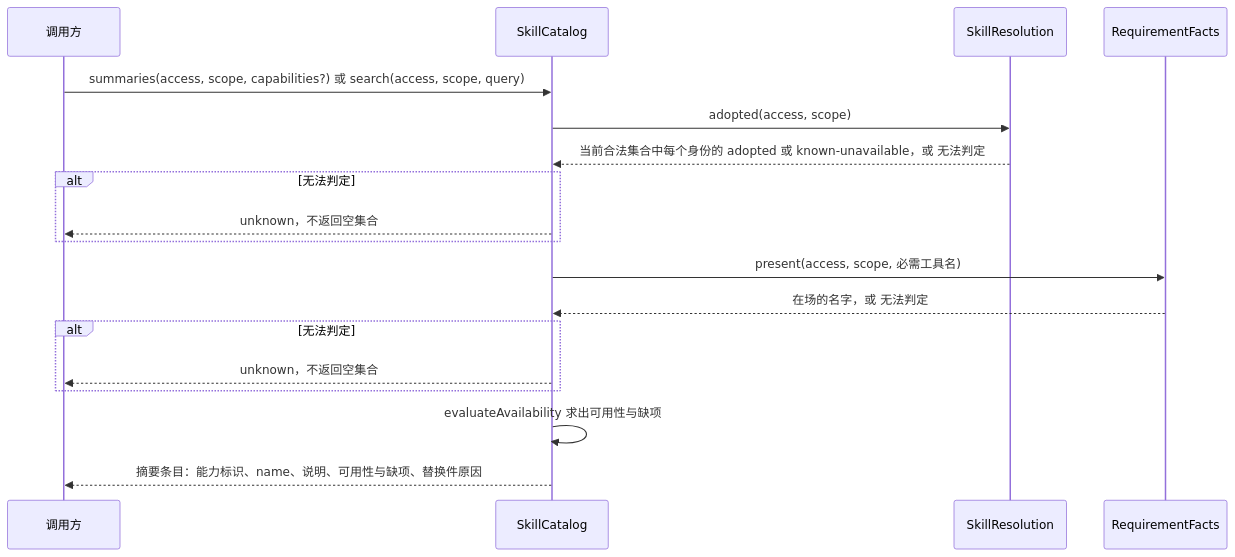
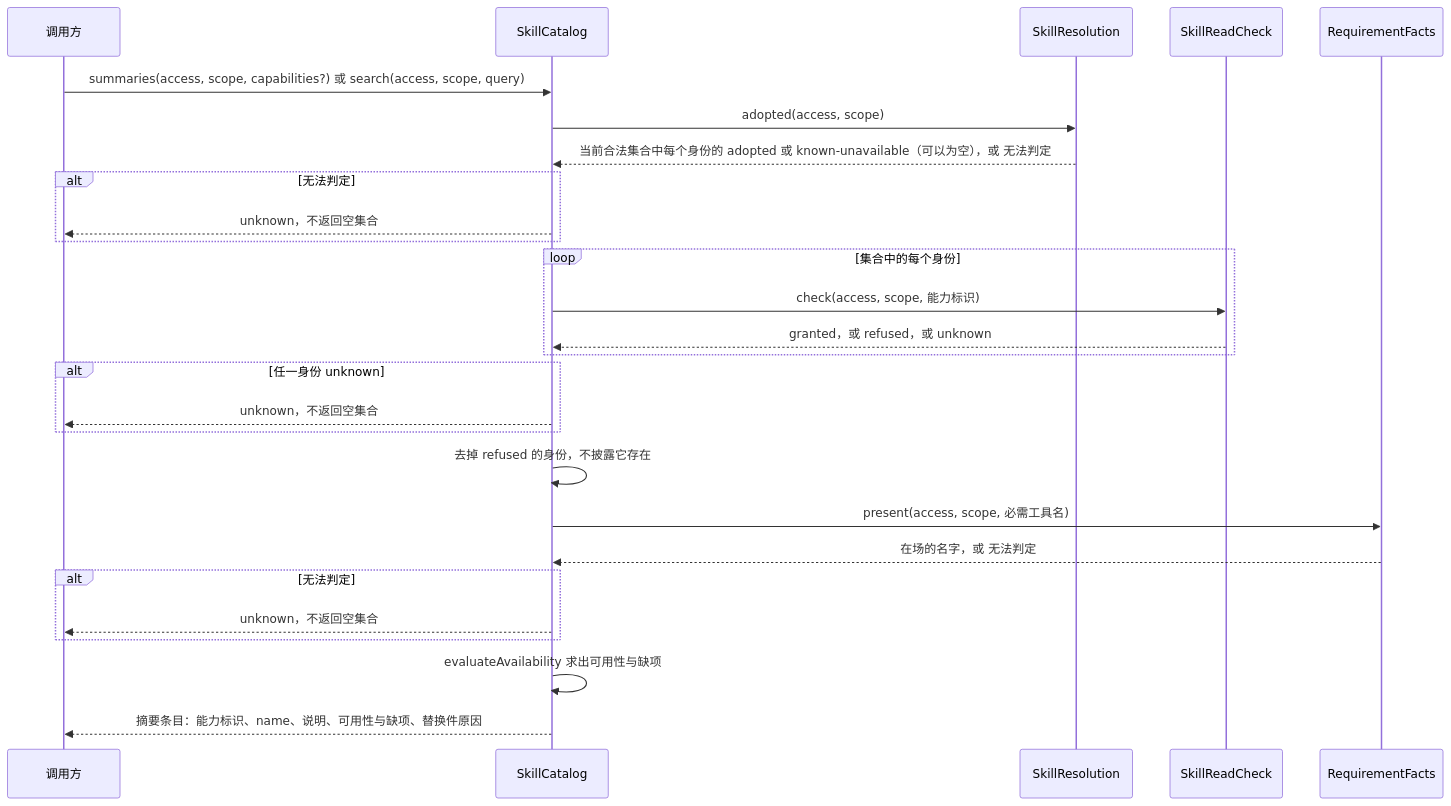
One commit to nemori-ai/omne-harness-lite changed the second of 4 diagrams in packages/skills/docs/key-flows.md. Above: the diagram before and after it, drawn with Mermaid. The commit also changed other lines of this file and 4 other files, not shown here.

````diff
--- a/packages/skills/docs/key-flows.md
+++ b/packages/skills/docs/key-flows.md
@@ -9,20 +46,29 @@
 ```mermaid
 sequenceDiagram
   participant C as 调用方
   participant K as SkillCatalog
   participant V as SkillResolution
+  participant E as SkillReadCheck
   participant F as RequirementFacts
   C->>K: summaries(access, scope, capabilities?) 或 search(access, scope, query)
   K->>V: adopted(access, scope)
-  V-->>K: 当前合法集合中每个身份的 adopted 或 known-unavailable，或 无法判定
+  V-->>K: 当前合法集合中每个身份的 adopted 或 known-unavailable（可以为空），或 无法判定
   alt 无法判定
     K-->>C: unknown，不返回空集合
   end
+  loop 集合中的每个身份
+    K->>E: check(access, scope, 能力标识)
+    E-->>K: granted，或 refused，或 unknown
+  end
+  alt 任一身份 unknown
+    K-->>C: unknown，不返回空集合
+  end
+  K->>K: 去掉 refused 的身份，不披露它存在
   K->>F: present(access, scope, 必需工具名)
   F-->>K: 在场的名字，或 无法判定
   alt 无法判定
     K-->>C: unknown，不返回空集合
   end
   K->>K: evaluateAvailability 求出可用性与缺项
   K-->>C: 摘要条目：能力标识、name、说明、可用性与缺项、替换件原因
 ```
````
